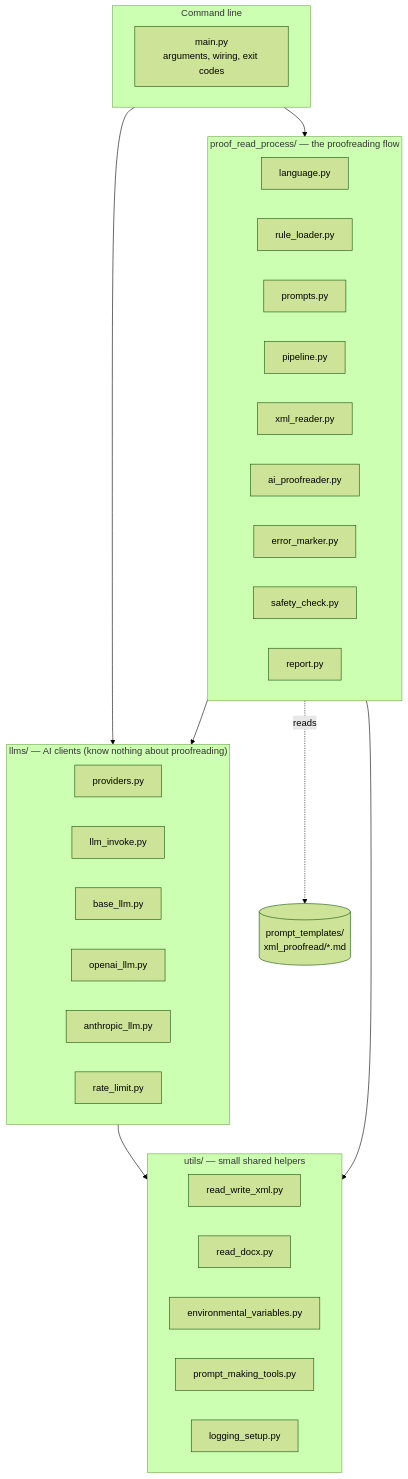
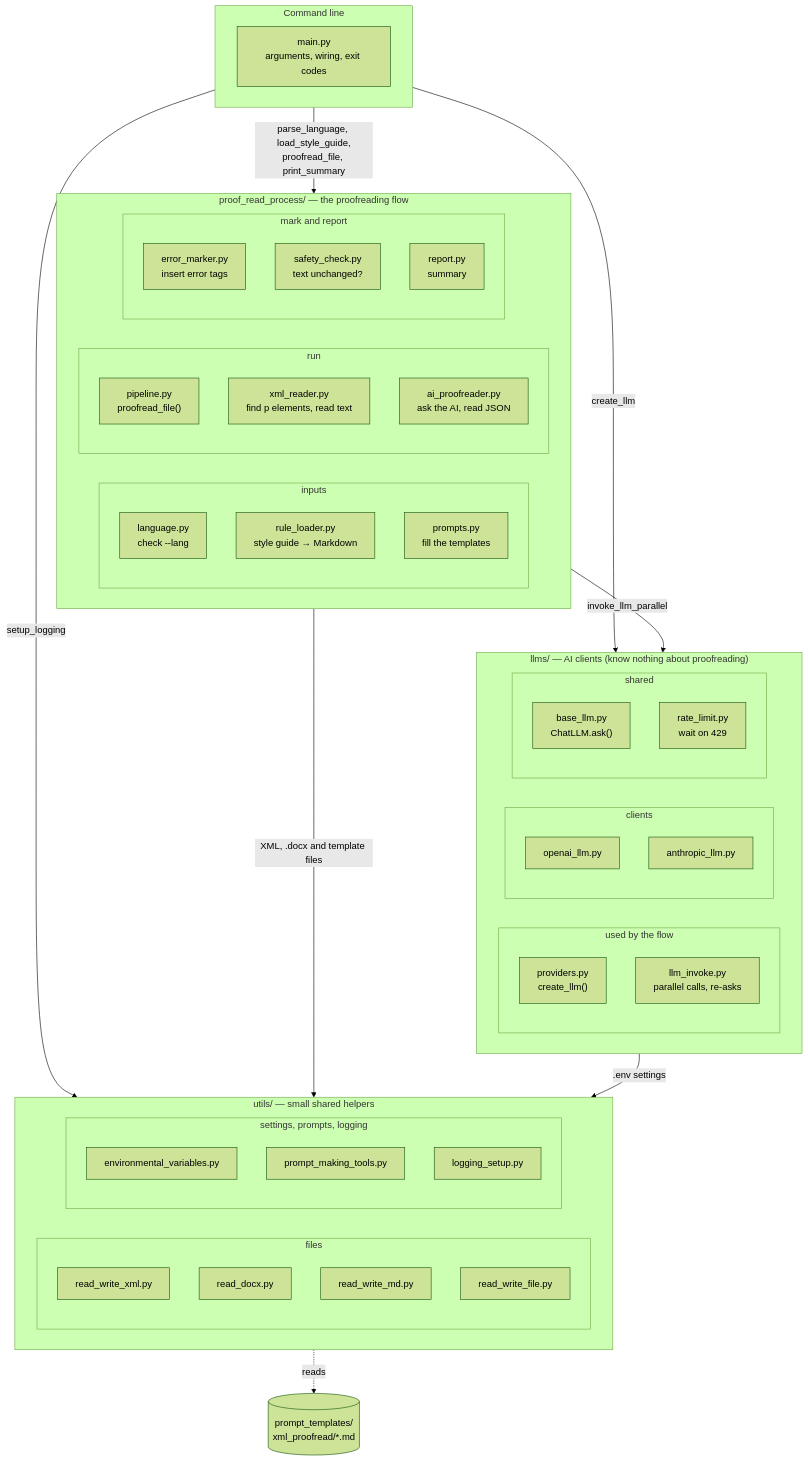
One commit to SuchiraLaknath/XML_Proofread changed the first of 5 diagrams in docs/architecture.md. Above: the diagram before and after it, drawn with Mermaid (forest theme).

````diff
--- a/docs/architecture.md
+++ b/docs/architecture.md
@@ -23,47 +23,74 @@
 ```mermaid
 flowchart TB
     subgraph CLI["Command line"]
         main["main.py<br/>arguments, wiring, exit codes"]
     end
 
     subgraph PP["proof_read_process/ — the proofreading flow"]
         direction LR
-        language["language.py"]
-        rule_loader["rule_loader.py"]
-        prompts["prompts.py"]
-        pipeline["pipeline.py"]
-        xml_reader["xml_reader.py"]
-        ai_proofreader["ai_proofreader.py"]
-        error_marker["error_marker.py"]
-        safety_check["safety_check.py"]
-        report["report.py"]
+        subgraph PP_IN["inputs"]
+            direction TB
+            language["language.py<br/>check --lang"]
+            rule_loader["rule_loader.py<br/>style guide → Markdown"]
+            prompts["prompts.py<br/>fill the templates"]
+        end
+        subgraph PP_RUN["run"]
+            direction TB
+            pipeline["pipeline.py<br/>proofread_file()"]
+            xml_reader["xml_reader.py<br/>find p elements, read text"]
+            ai_proofreader["ai_proofreader.py<br/>ask the AI, read JSON"]
+        end
+        subgraph PP_OUT["mark and report"]
+            direction TB
+            error_marker["error_marker.py<br/>insert error tags"]
+            safety_check["safety_check.py<br/>text unchanged?"]
+            report["report.py<br/>summary"]
+        end
     end
 
     subgraph LLM["llms/ — AI clients (know nothing about proofreading)"]
         direction LR
-        providers["providers.py"]
-        llm_invoke["llm_invoke.py"]
-        base_llm["base_llm.py"]
-        openai_llm["openai_llm.py"]
-        anthropic_llm["anthropic_llm.py"]
-        rate_limit["rate_limit.py"]
+        subgraph LLM_API["used by the flow"]
+            direction TB
+            providers["providers.py<br/>create_llm()"]
+            llm_invoke["llm_invoke.py<br/>parallel calls, re-asks"]
+        end
+        subgraph LLM_CLIENTS["clients"]
+            direction TB
+            openai_llm["openai_llm.py"]
+            anthropic_llm["anthropic_llm.py"]
+        end
+        subgraph LLM_CORE["shared"]
+            direction TB
+            base_llm["base_llm.py<br/>ChatLLM.ask()"]
+            rate_limit["rate_limit.py<br/>wait on 429"]
+        end
     end
 
     subgraph UT["utils/ — small shared helpers"]
         direction LR
-        rw_xml["read_write_xml.py"]
-        rw_docx["read_docx.py"]
-        env["environmental_variables.py"]
-        prompt_tools["prompt_making_tools.py"]
-        logging_setup["logging_setup.py"]
+        subgraph UT_FILES["files"]
+            direction TB
+            rw_xml["read_write_xml.py"]
+            rw_docx["read_docx.py"]
+            rw_md["read_write_md.py"]
+            rw_file["read_write_file.py"]
+        end
+        subgraph UT_OTHER["settings, prompts, logging"]
+            direction TB
+            env["environmental_variables.py"]
+            prompt_tools["prompt_making_tools.py"]
+            logging_setup["logging_setup.py"]
+        end
     end
 
     templates[("prompt_templates/<br/>xml_proofread/*.md")]
 
-    CLI --> PP
-    CLI --> LLM
-    PP --> LLM
-    PP --> UT
-    LLM --> UT
-    prompts -.reads.-> templates
+    CLI -->|"parse_language, load_style_guide,<br/>proofread_file, print_summary"| PP
+    CLI -->|"create_llm"| LLM
+    CLI -->|"setup_logging"| UT
+    PP -->|"invoke_llm_parallel"| LLM
+    PP -->|"XML, .docx and template files"| UT
+    LLM -->|".env settings"| UT
+    UT -.->|"reads"| templates
 ```
````
